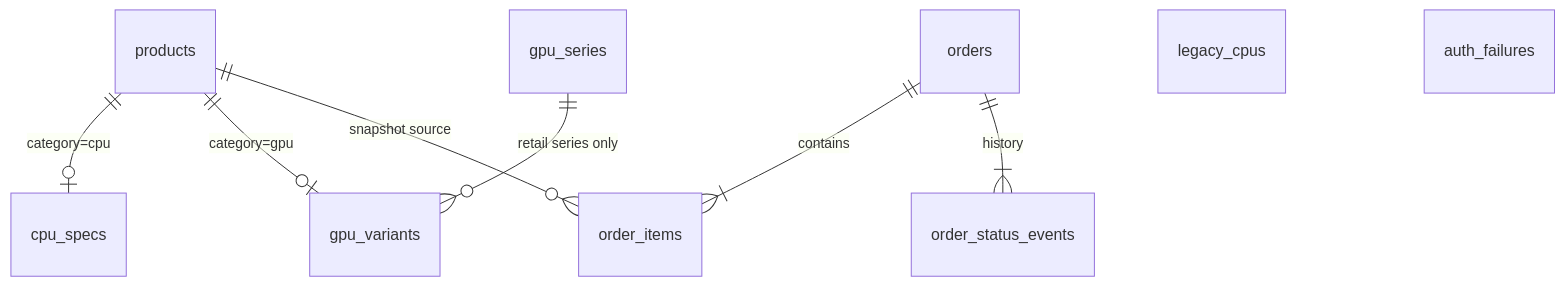
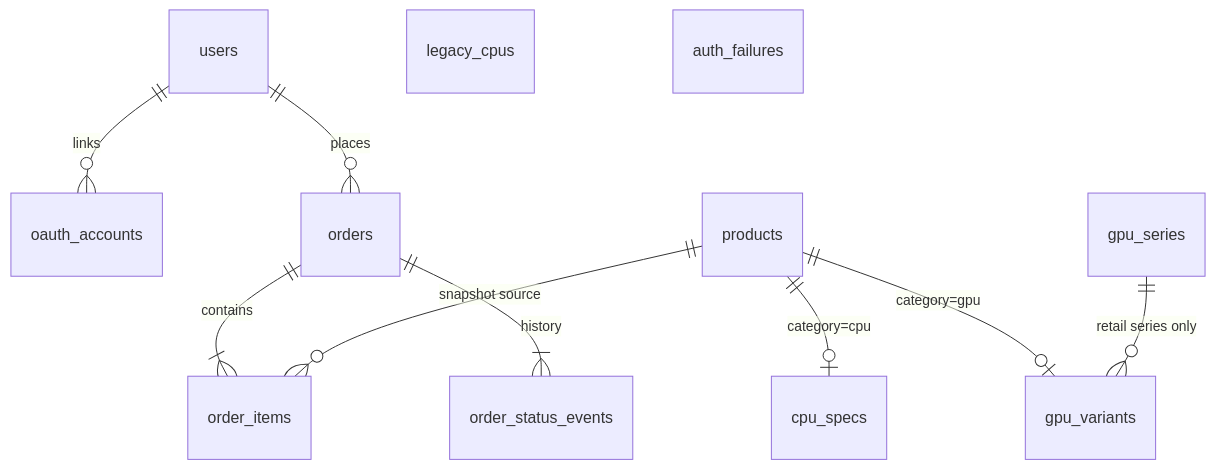
Before and after one commit to tdk211108/NMCNTT-Project1: the fourth of 4 diagrams in docs/technical_solution.md, drawn with Mermaid. The commit also changed other lines of this file and 24 other files, not shown here.

````diff
--- a/docs/technical_solution.md
+++ b/docs/technical_solution.md
@@ -360,11 +372,13 @@
 ```mermaid
 erDiagram
+  users ||--o{ oauth_accounts : links
+  users ||--o{ orders : places
   products ||--o| cpu_specs : "category=cpu"
   products ||--o| gpu_variants : "category=gpu"
   gpu_series ||--o{ gpu_variants : "retail series only"
   orders ||--|{ order_items : contains
   products ||--o{ order_items : "snapshot source"
   orders ||--|{ order_status_events : history
   legacy_cpus
   auth_failures
 ```
````
